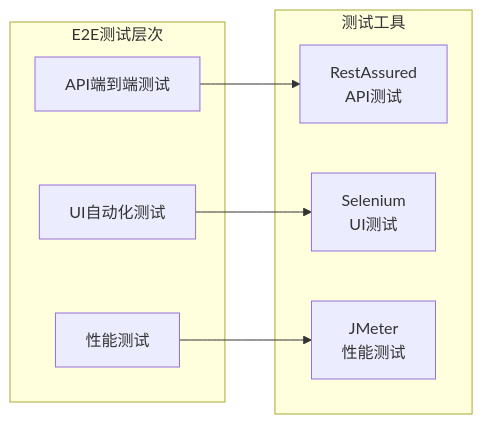
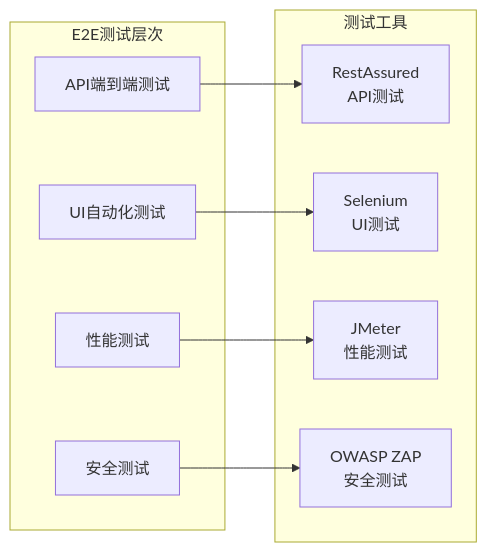
Before and after one commit to QoderZcy/zcyTest2: diagram 13 of 14 in .qoder/repowiki/zh/content/测试策略.md, drawn with Mermaid. The commit also changed other lines of this file and 9 other files, not shown here.

````diff
--- a/.qoder/repowiki/zh/content/测试策略.md
+++ b/.qoder/repowiki/zh/content/测试策略.md
@@ -546,16 +801,19 @@
 ```mermaid
 graph LR
 subgraph "E2E测试层次"
 API["API端到端测试"]
 UI["UI自动化测试"]
 Performance["性能测试"]
+Security["安全测试"]
 end
 subgraph "测试工具"
 RestAssured["RestAssured<br/>API测试"]
 Selenium["Selenium<br/>UI测试"]
 JMeter["JMeter<br/>性能测试"]
+OWASP["OWASP ZAP<br/>安全测试"]
 end
 API --> RestAssured
 UI --> Selenium
 Performance --> JMeter
+Security --> OWASP
 ```
````
